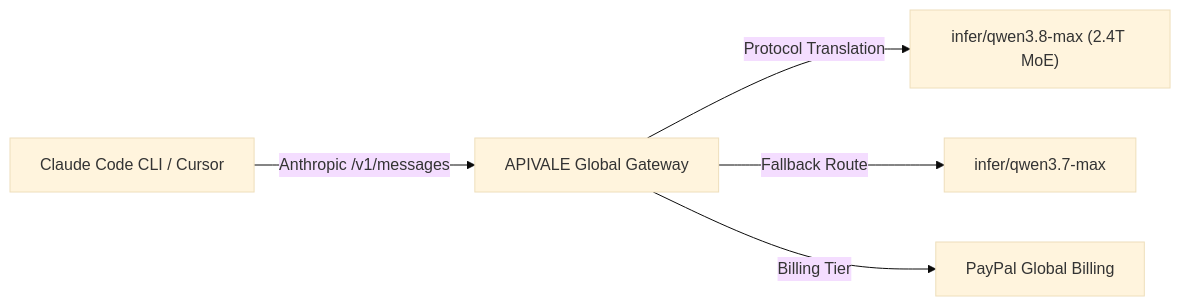
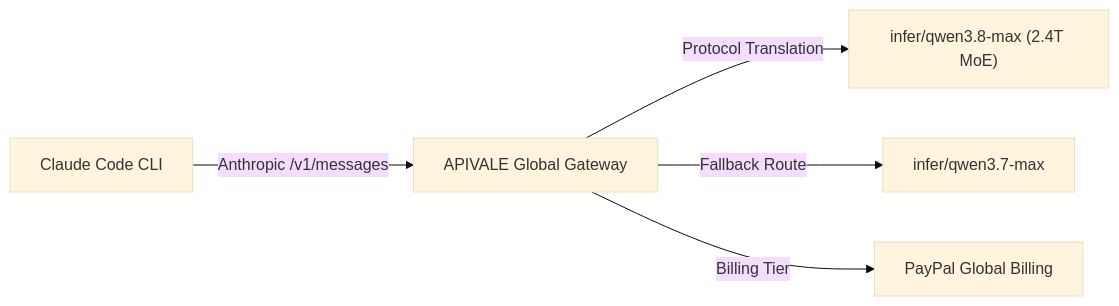
The diagram in src/content/blog/how-to-connect-qwen-3-8-to-claude-code-cli.md (bshx2024/apivel_blog), drawn with Mermaid (base theme) before and after one commit. The commit also changed other lines of this file and 3 other files, not shown here.

Commit message:
feat(blog): publish Qwen 3.8 Cursor setup guide and de-cannibalize Claude Code CLI article

````diff
--- a/src/content/blog/how-to-connect-qwen-3-8-to-claude-code-cli.md
+++ b/src/content/blog/how-to-connect-qwen-3-8-to-claude-code-cli.md
@@ -49,7 +56,7 @@
 ```mermaid
 graph LR
-    A["Claude Code CLI / Cursor"] -->|Anthropic /v1/messages| B["APIVALE Global Gateway"]
+    A["Claude Code CLI"] -->|Anthropic /v1/messages| B["APIVALE Global Gateway"]
     B -->|Protocol Translation| C["infer/qwen3.8-max (2.4T MoE)"]
     B -->|Fallback Route| D["infer/qwen3.7-max"]
     B -->|Billing Tier| E["PayPal Global Billing"]
 ```
````
